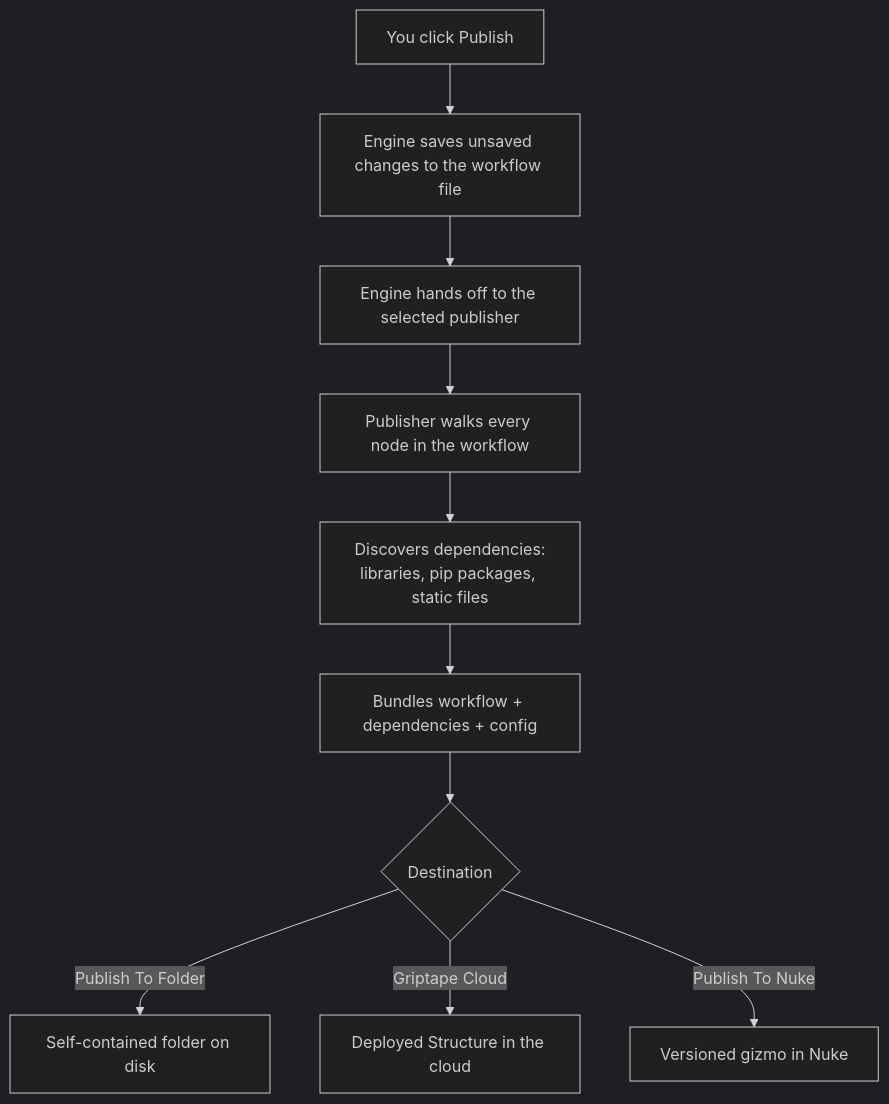
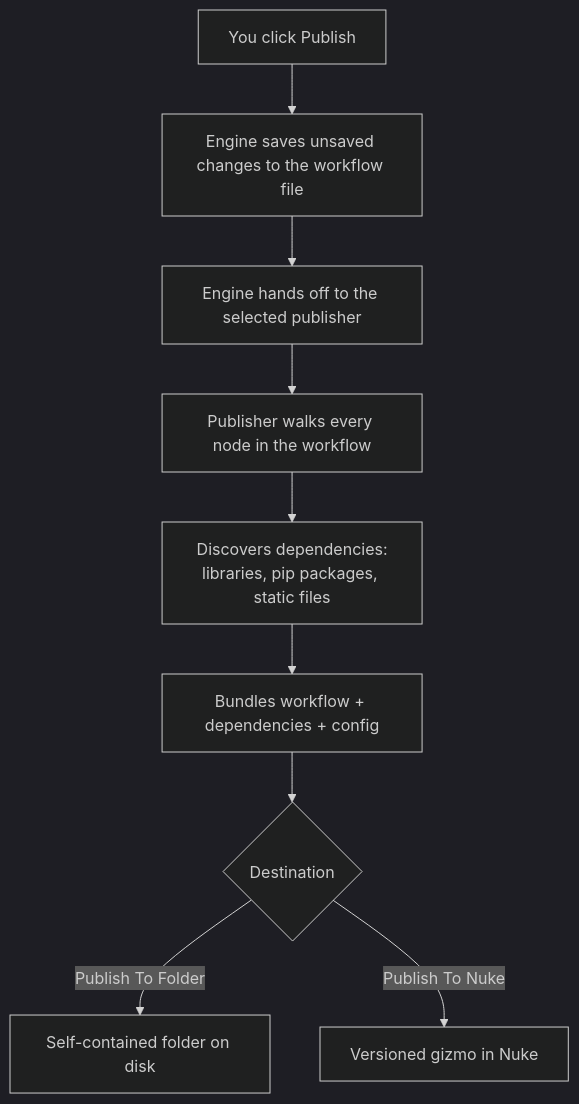
The diagram in docs/guides/publishing.md (griptape-ai/griptape-nodes-engine), drawn with Mermaid (dark theme) before and after one commit. The commit also changed other lines of this file and 3 other files, not shown here.

First line of the commit message:
docs: drop the Griptape Cloud publisher and Cloud Library install options

````diff
--- a/docs/guides/publishing.md
+++ b/docs/guides/publishing.md
@@ -61,12 +59,11 @@
 ```mermaid
 flowchart TD
     A[You click Publish] --> B[Engine saves unsaved changes to the workflow file]
     B --> C[Engine hands off to the selected publisher]
     C --> D[Publisher walks every node in the workflow]
     D --> E[Discovers dependencies:<br/>libraries, pip packages, static files]
     E --> F[Bundles workflow + dependencies + config]
     F --> G{Destination}
     G -->|Publish To Folder| H[Self-contained folder on disk]
-    G -->|Griptape Cloud| I[Deployed Structure in the cloud]
     G -->|Publish To Nuke| J[Versioned gizmo in Nuke]
 ```
````
